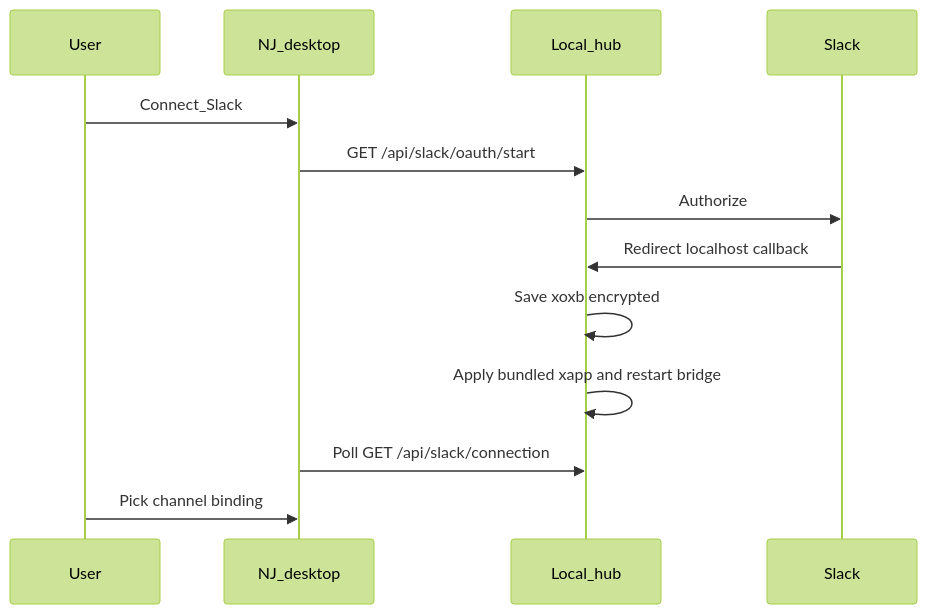
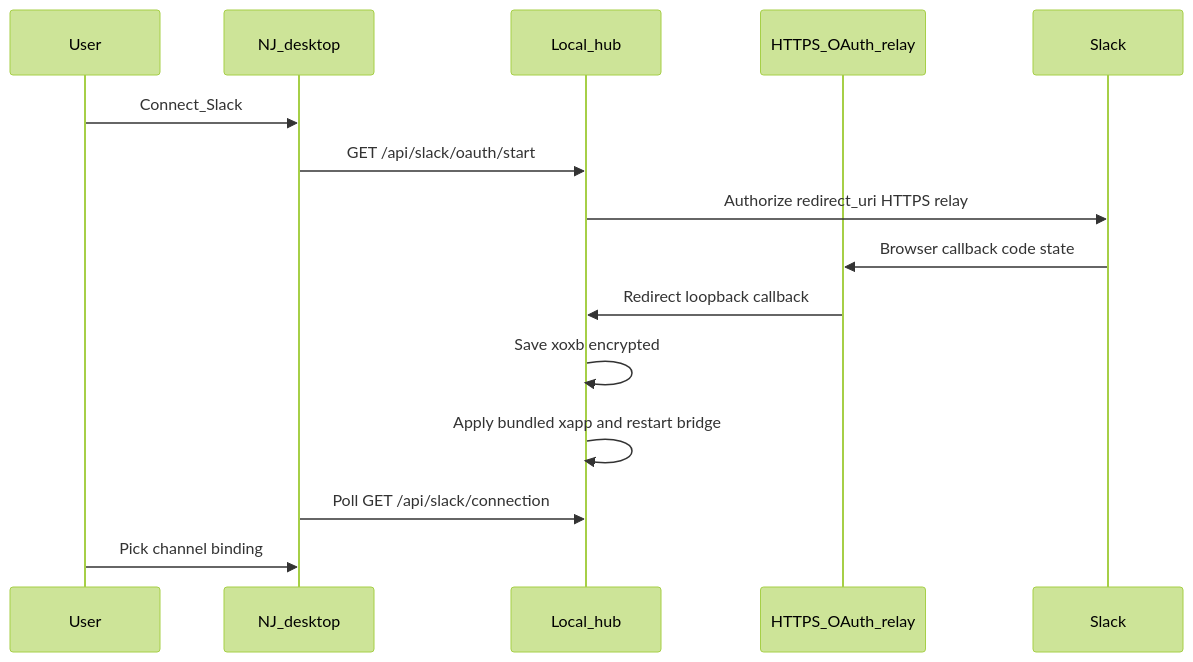
The second of 2 diagrams in docs/SLACK_INTEGRATION.md (camronwood/neural-junkie), drawn with Mermaid (forest theme) before and after one commit. The commit also changed other lines of this file and 259 other files, not shown here.

````diff
--- a/docs/SLACK_INTEGRATION.md
+++ b/docs/SLACK_INTEGRATION.md
@@ -24,16 +24,18 @@
 ```mermaid
 sequenceDiagram
   participant User
   participant Desktop as NJ_desktop
   participant Hub as Local_hub
+  participant Relay as HTTPS_OAuth_relay
   participant Slack
 
   User->>Desktop: Connect_Slack
   Desktop->>Hub: GET /api/slack/oauth/start
-  Hub->>Slack: Authorize
-  Slack->>Hub: Redirect localhost callback
+  Hub->>Slack: Authorize redirect_uri HTTPS relay
+  Slack->>Relay: Browser callback code state
+  Relay->>Hub: Redirect loopback callback
   Hub->>Hub: Save xoxb encrypted
   Hub->>Hub: Apply bundled xapp and restart bridge
   Desktop->>Hub: Poll GET /api/slack/connection
   User->>Desktop: Pick channel binding
 ```
````
